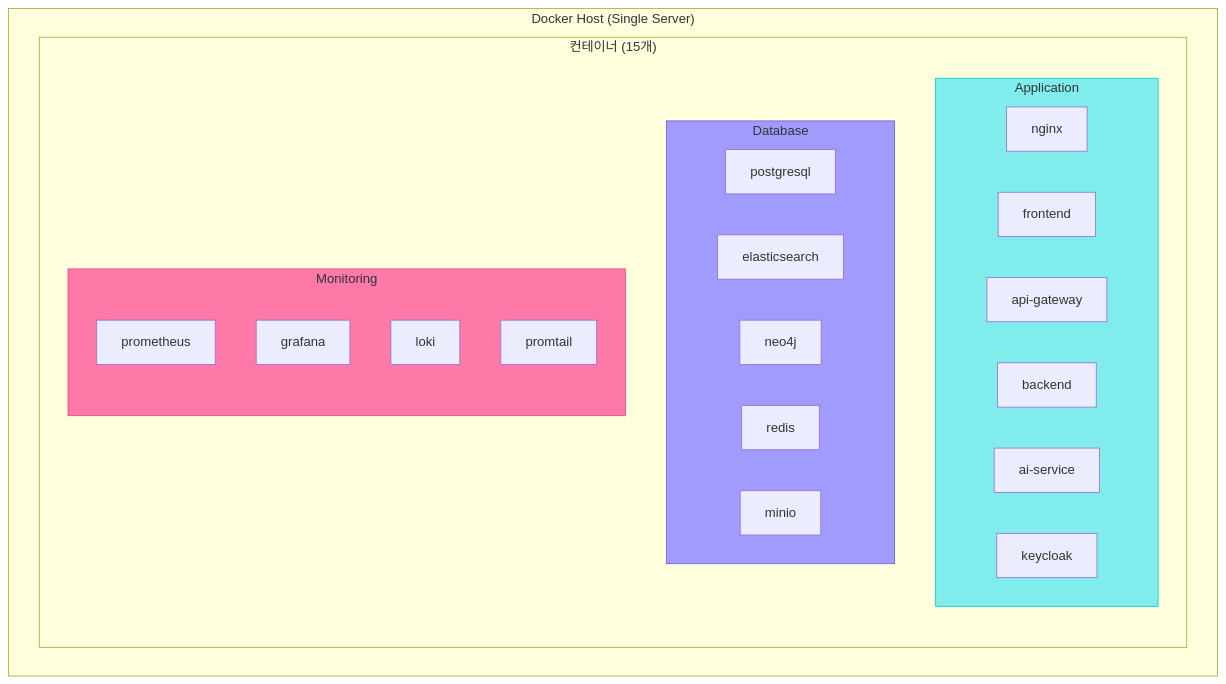
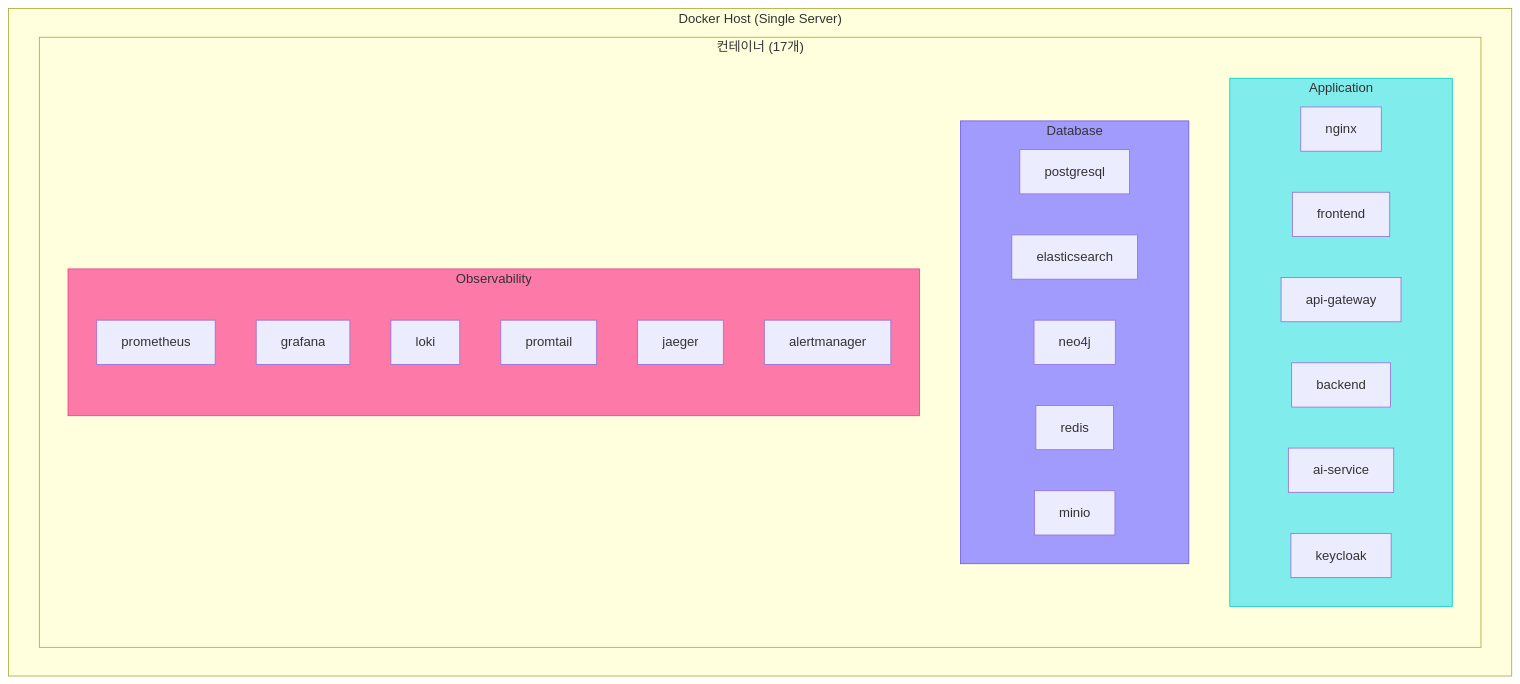
Diagram 20 of 26 in knowledge_service/docs/02_design/integrated_detailed_design.md (k82022603/hybrid-rag-knowledge-ops), drawn with Mermaid before and after one commit. The commit also changed other lines of this file and 19 other files, not shown here.

````diff
--- a/knowledge_service/docs/02_design/integrated_detailed_design.md
+++ b/knowledge_service/docs/02_design/integrated_detailed_design.md
@@ -892,34 +914,36 @@
 ```mermaid
 flowchart TB
     subgraph Server["Docker Host (Single Server)"]
-        subgraph Containers["컨테이너 (15개)"]
+        subgraph Containers["컨테이너 (17개)"]
             subgraph App["Application"]
                 nginx["nginx"]
                 frontend["frontend"]
                 gateway["api-gateway"]
                 backend["backend"]
                 ai["ai-service"]
                 keycloak["keycloak"]
             end
 
             subgraph Data["Database"]
                 pg["postgresql"]
                 es["elasticsearch"]
                 neo["neo4j"]
                 redis["redis"]
                 minio["minio"]
             end
 
-            subgraph Monitor["Monitoring"]
+            subgraph Monitor["Observability"]
                 prom["prometheus"]
                 graf["grafana"]
                 loki["loki"]
                 promtail["promtail"]
+                jaeger["jaeger"]
+                alertmgr["alertmanager"]
             end
         end
     end
 
     style App fill:#81ecec,stroke:#00cec9
     style Data fill:#a29bfe,stroke:#6c5ce7
     style Monitor fill:#fd79a8,stroke:#e84393
 ```
````
